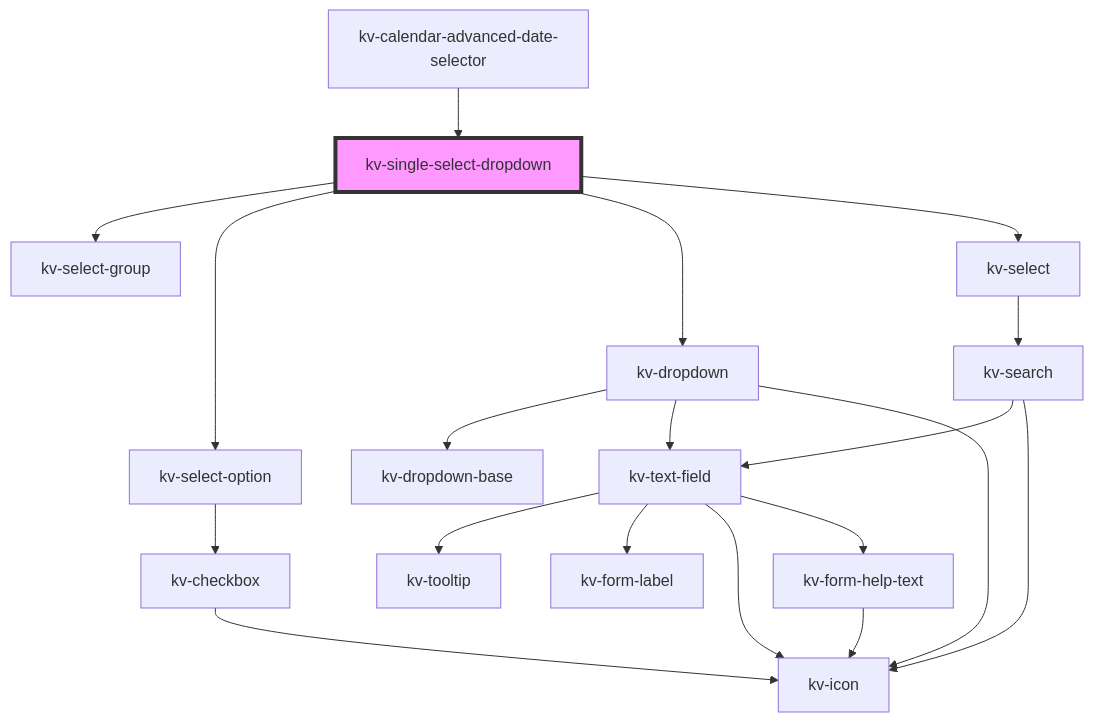
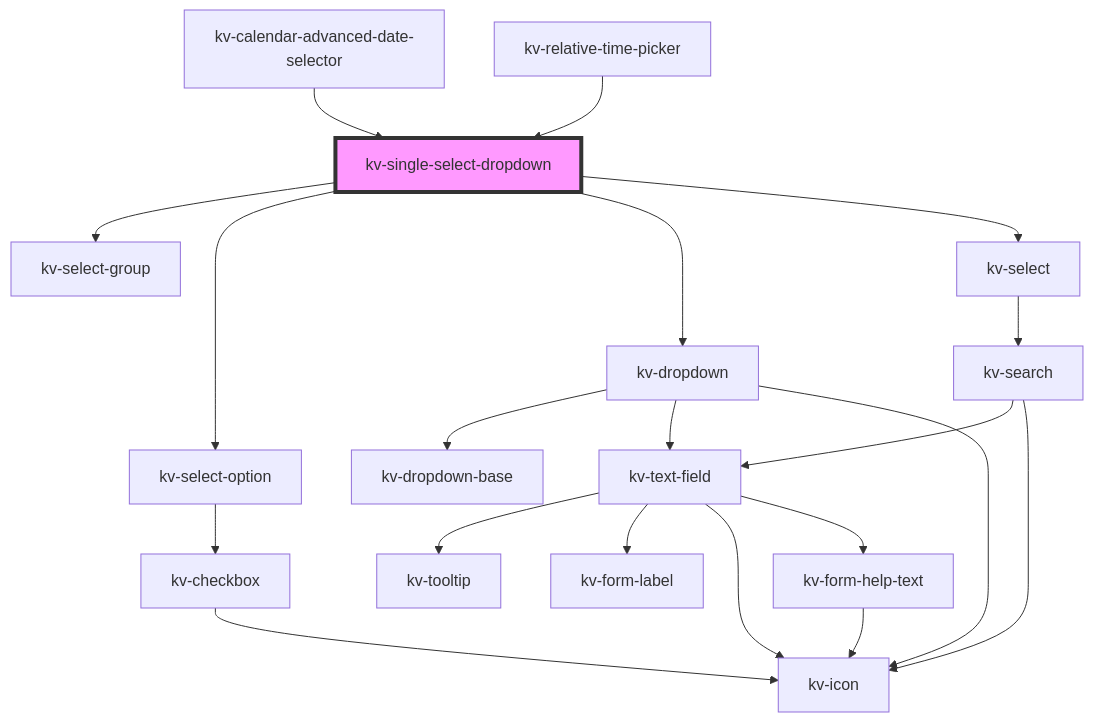
Before and after one commit to kelvininc/ui-components: the diagram in packages/ui-components/src/components/single-select-dropdown/readme.md, drawn with Mermaid. The commit also changed other lines of this file and 38 other files, not shown here.

Commit message:
feat(relative-time-picker): new relative time picker component

````diff
--- a/packages/ui-components/src/components/single-select-dropdown/readme.md
+++ b/packages/ui-components/src/components/single-select-dropdown/readme.md
@@ -107,22 +108,23 @@
 ```mermaid
 graph TD;
   kv-single-select-dropdown --> kv-select-group
   kv-single-select-dropdown --> kv-select-option
   kv-single-select-dropdown --> kv-dropdown
   kv-single-select-dropdown --> kv-select
   kv-select-option --> kv-checkbox
   kv-checkbox --> kv-icon
   kv-dropdown --> kv-dropdown-base
   kv-dropdown --> kv-text-field
   kv-dropdown --> kv-icon
   kv-text-field --> kv-tooltip
   kv-text-field --> kv-form-label
   kv-text-field --> kv-icon
   kv-text-field --> kv-form-help-text
   kv-form-help-text --> kv-icon
   kv-select --> kv-search
   kv-search --> kv-text-field
   kv-search --> kv-icon
   kv-calendar-advanced-date-selector --> kv-single-select-dropdown
+  kv-relative-time-picker --> kv-single-select-dropdown
   style kv-single-select-dropdown fill:#f9f,stroke:#333,stroke-width:4px
 ```
````
